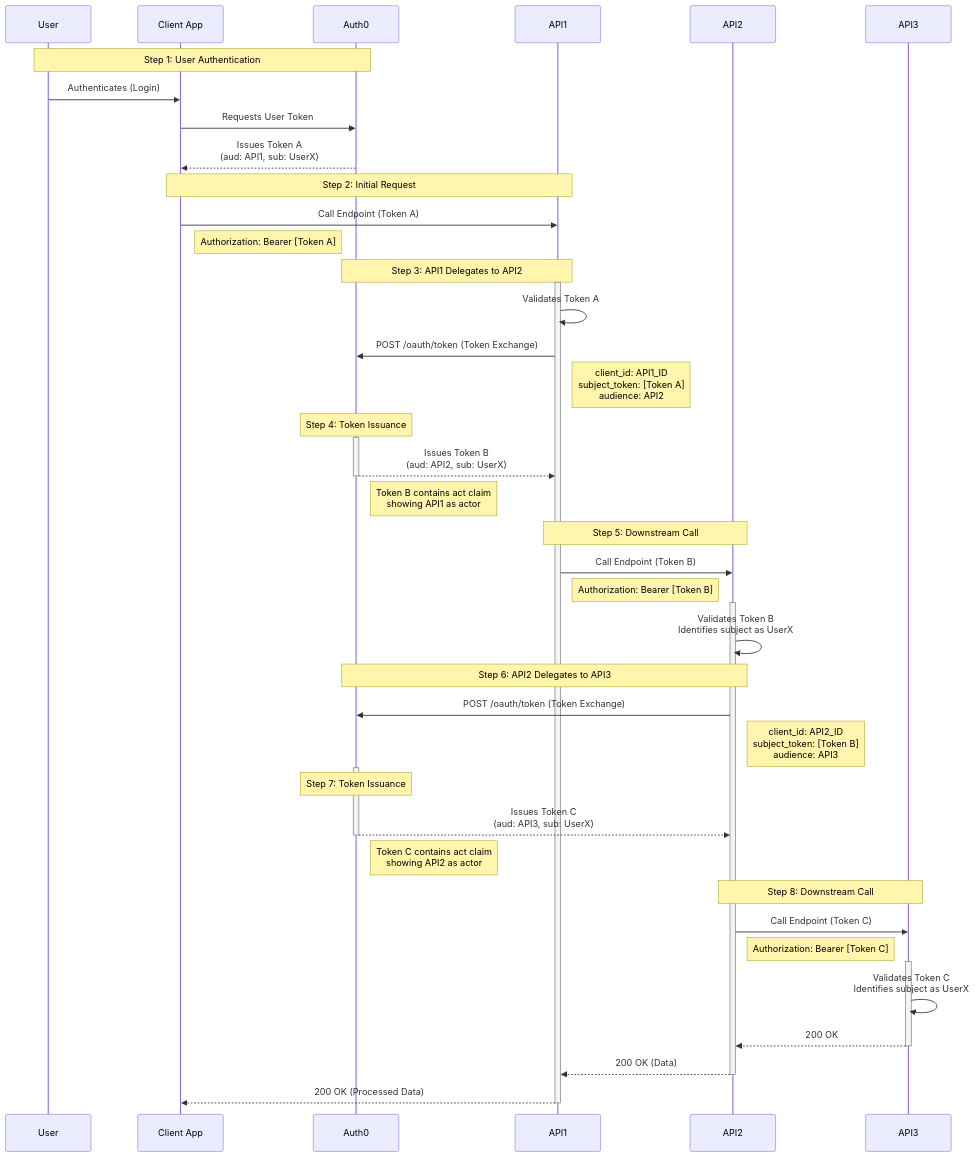
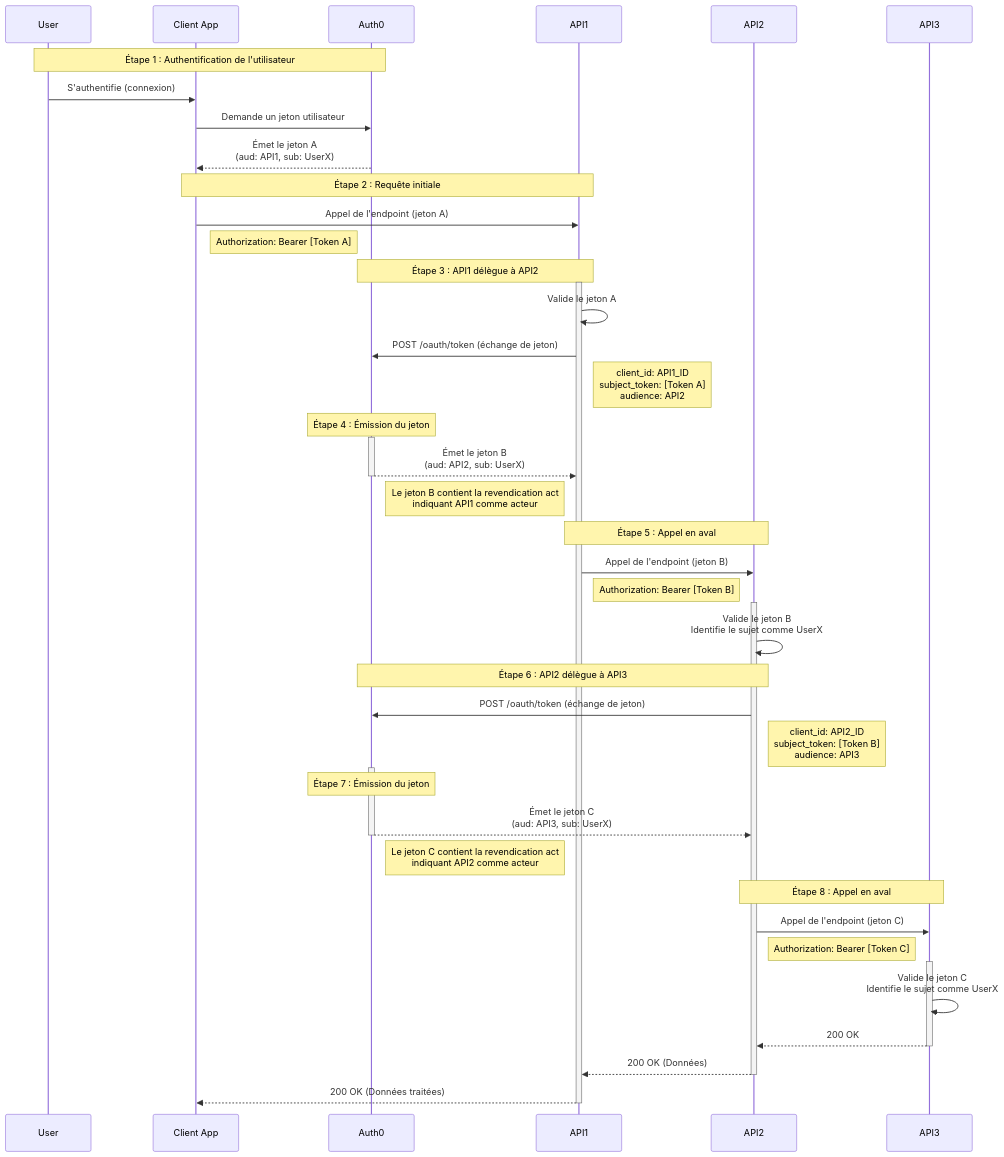
One commit to mikemimik/docs-v2 changed the second of 2 diagrams in main/docs/fr-CA/secure/call-apis-on-users-behalf/on-behalf-of-token-exchange.mdx. Above: the diagram before and after it, drawn with Mermaid. The commit also changed other lines of this file and 5425 other files, not shown here.

````diff
--- a/main/docs/fr-CA/secure/call-apis-on-users-behalf/on-behalf-of-token-exchange.mdx
+++ b/main/docs/fr-CA/secure/call-apis-on-users-behalf/on-behalf-of-token-exchange.mdx
@@ -208,59 +208,59 @@
 ```mermaid
 sequenceDiagram
     participant User
     participant Client App
     participant Auth0
     participant API1
     participant API2
     participant API3
 
-    Note over User,Auth0: Step 1: User Authentication
-    User->>Client App: Authenticates (Login)
-    Client App->>Auth0: Requests User Token
-    Auth0-->>Client App: Issues Token A<br/>(aud: API1, sub: UserX)
+    Note over User,Auth0: Étape 1 : Authentification de l'utilisateur
+    User->>Client App: S'authentifie (connexion)
+    Client App->>Auth0: Demande un jeton utilisateur
+    Auth0-->>Client App: Émet le jeton A<br/>(aud: API1, sub: UserX)
 
-    Note over Client App,API1: Step 2: Initial Request
-    Client App->>API1: Call Endpoint (Token A)
+    Note over Client App,API1: Étape 2 : Requête initiale
+    Client App->>API1: Appel de l'endpoint (jeton A)
     Note right of Client App: Authorization: Bearer [Token A]
 
-    Note over API1,Auth0: Step 3: API1 Delegates to API2
+    Note over API1,Auth0: Étape 3 : API1 délègue à API2
     activate API1
-    API1->>API1: Validates Token A
-    API1->>Auth0: POST /oauth/token (Token Exchange)
+    API1->>API1: Valide le jeton A
+    API1->>Auth0: POST /oauth/token (échange de jeton)
     Note right of API1: client_id: API1_ID<br/>subject_token: [Token A]<br/>audience: API2
 
-    Note over Auth0: Step 4: Token Issuance
+    Note over Auth0: Étape 4 : Émission du jeton
     activate Auth0
-    Auth0-->>API1: Issues Token B<br/>(aud: API2, sub: UserX)
+    Auth0-->>API1: Émet le jeton B<br/>(aud: API2, sub: UserX)
     deactivate Auth0
-    Note right of Auth0: Token B contains act claim<br/>showing API1 as actor
+    Note right of Auth0: Le jeton B contient la revendication act<br/>indiquant API1 comme acteur
 
-    Note over API1,API2: Step 5: Downstream Call
-    API1->>API2: Call Endpoint (Token B)
+    Note over API1,API2: Étape 5 : Appel en aval
+    API1->>API2: Appel de l'endpoint (jeton B)
     Note right of API1: Authorization: Bearer [Token B]
     activate API2
-    API2->>API2: Validates Token B<br/>Identifies subject as UserX
+    API2->>API2: Valide le jeton B<br/>Identifie le sujet comme UserX
 
-    Note over API2,Auth0: Step 6: API2 Delegates to API3
-    API2->>Auth0: POST /oauth/token (Token Exchange)
+    Note over API2,Auth0: Étape 6 : API2 délègue à API3
+    API2->>Auth0: POST /oauth/token (échange de jeton)
     Note right of API2: client_id: API2_ID<br/>subject_token: [Token B]<br/>audience: API3
     activate Auth0
 
-    Note over Auth0: Step 7: Token Issuance
-    Auth0-->>API2: Issues Token C<br/>(aud: API3, sub: UserX)
+    Note over Auth0: Étape 7 : Émission du jeton
+    Auth0-->>API2: Émet le jeton C<br/>(aud: API3, sub: UserX)
     deactivate Auth0
-    Note right of Auth0: Token C contains act claim<br/>showing API2 as actor
+    Note right of Auth0: Le jeton C contient la revendication act<br/>indiquant API2 comme acteur
 
-    Note over API2,API3: Step 8: Downstream Call
-    API2->>API3: Call Endpoint (Token C)
+    Note over API2,API3: Étape 8 : Appel en aval
+    API2->>API3: Appel de l'endpoint (jeton C)
     Note right of API2: Authorization: Bearer [Token C]
     activate API3
-    API3->>API3: Validates Token C<br/>Identifies subject as UserX
+    API3->>API3: Valide le jeton C<br/>Identifie le sujet comme UserX
     API3-->>API2: 200 OK
     deactivate API3
 
-    API2-->>API1: 200 OK (Data)
+    API2-->>API1: 200 OK (Données)
     deactivate API2
-    API1-->>Client App: 200 OK (Processed Data)
+    API1-->>Client App: 200 OK (Données traitées)
     deactivate API1
 ```
````
